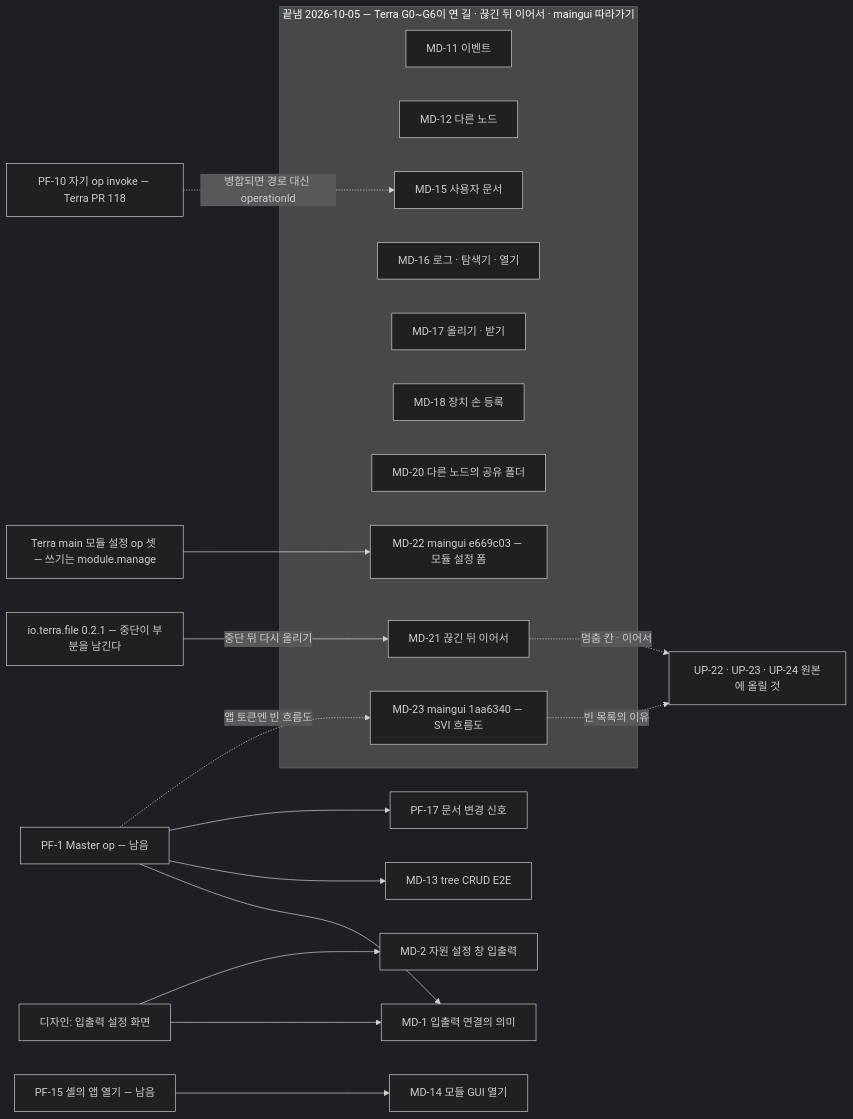
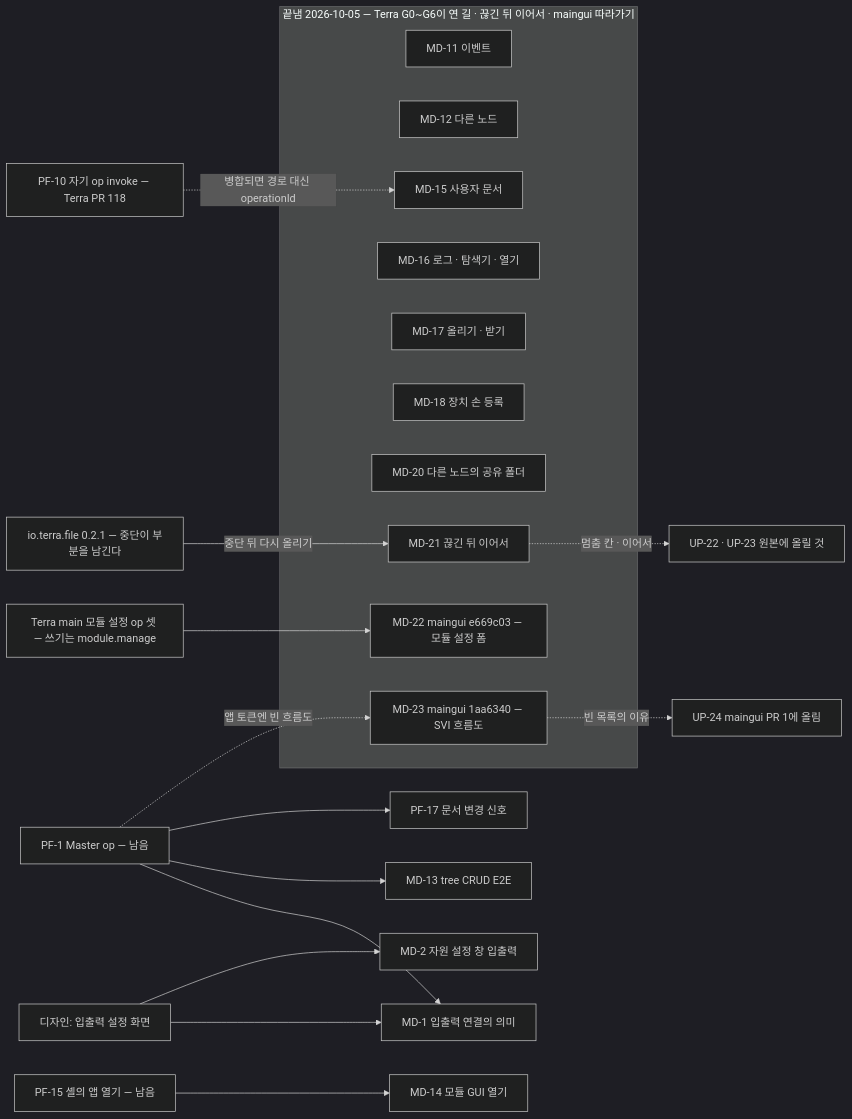
One commit to StellaxiaLab/modules changed the diagram in common/lab.stellaxia.node-gui/web/docs/guides/implementation-backlog.md. Above: the diagram before and after it, drawn with Mermaid (dark theme). The commit also changed other lines of this file, not shown here.

First line of the commit message:
docs(node-gui): UP-24를 원본에 올렸다 — maingui#1 셋째 커밋 580c6e5

````diff
--- a/common/lab.stellaxia.node-gui/web/docs/guides/implementation-backlog.md
+++ b/common/lab.stellaxia.node-gui/web/docs/guides/implementation-backlog.md
@@ -52,27 +52,27 @@
 ```mermaid
 flowchart LR
   subgraph DONE["끝냄 2026-10-05 — Terra G0~G6이 연 길 · 끊긴 뒤 이어서 · maingui 따라가기"]
     MD11["MD-11 이벤트"]
     MD12["MD-12 다른 노드"]
     MD15["MD-15 사용자 문서"]
     MD16["MD-16 로그 · 탐색기 · 열기"]
     MD17["MD-17 올리기 · 받기"]
     MD18["MD-18 장치 손 등록"]
     MD20["MD-20 다른 노드의 공유 폴더"]
     MD21["MD-21 끊긴 뒤 이어서"]
     MD22["MD-22 maingui e669c03 — 모듈 설정 폼"]
     MD23["MD-23 maingui 1aa6340 — SVI 흐름도"]
   end
   CFG["Terra main 모듈 설정 op 셋 — 쓰기는 module.manage"] --> MD22
   FILE021["io.terra.file 0.2.1 — 중단이 부분을 남긴다"] -->|"중단 뒤 다시 올리기"| MD21
-  MD21 -.->|"멈춤 칸 · 이어서"| UP22["UP-22 · UP-23 · UP-24 원본에 올릴 것"]
-  MD23 -.->|"빈 목록의 이유"| UP22
+  MD21 -.->|"멈춤 칸 · 이어서"| UP22["UP-22 · UP-23 원본에 올릴 것"]
+  MD23 -.->|"빈 목록의 이유"| UP24["UP-24 maingui PR 1에 올림"]
   PF10["PF-10 자기 op invoke — Terra PR 118"] -.->|"병합되면 경로 대신 operationId"| MD15
   PF1["PF-1 Master op — 남음"] --> MD1["MD-1 입출력 연결의 의미"]
   PF1 --> MD13["MD-13 tree CRUD E2E"]
   PF1 --> PF17["PF-17 문서 변경 신호"]
   PF1 -.->|"앱 토큰엔 빈 흐름도"| MD23
   PF15["PF-15 셸의 앱 열기 — 남음"] --> MD14["MD-14 모듈 GUI 열기"]
   DES["디자인: 입출력 설정 화면"] --> MD1
   DES --> MD2["MD-2 자원 설정 창 입출력"]
 ```
````
